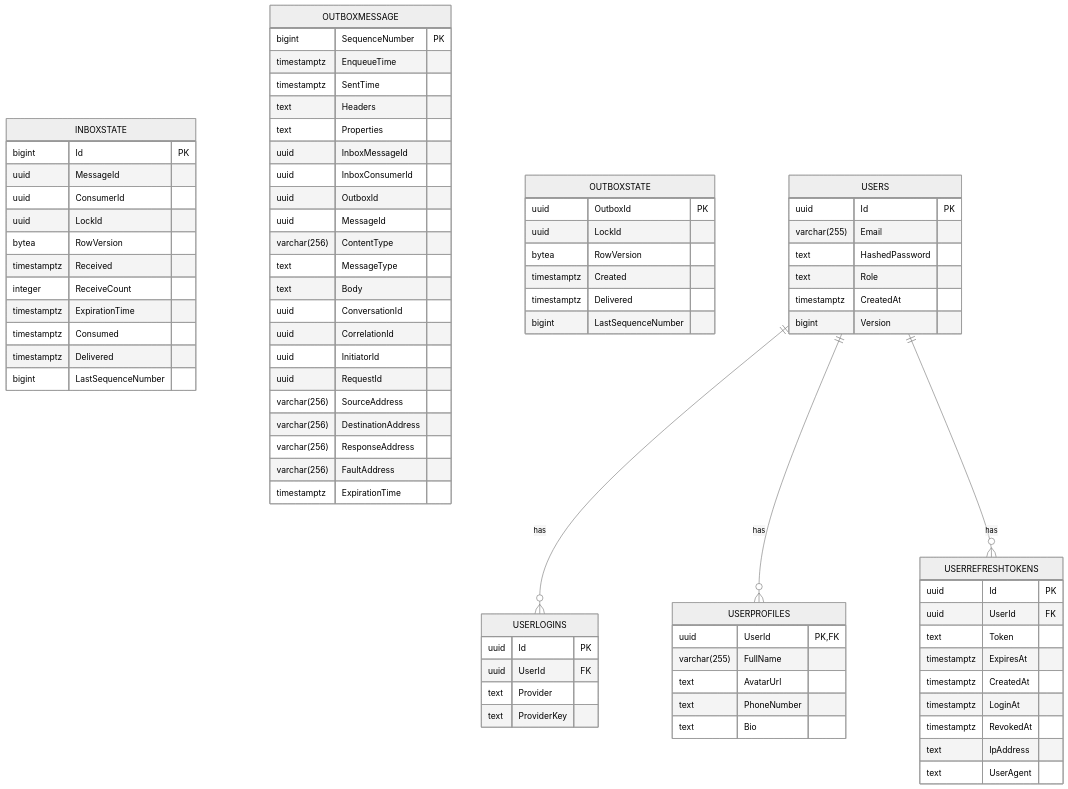
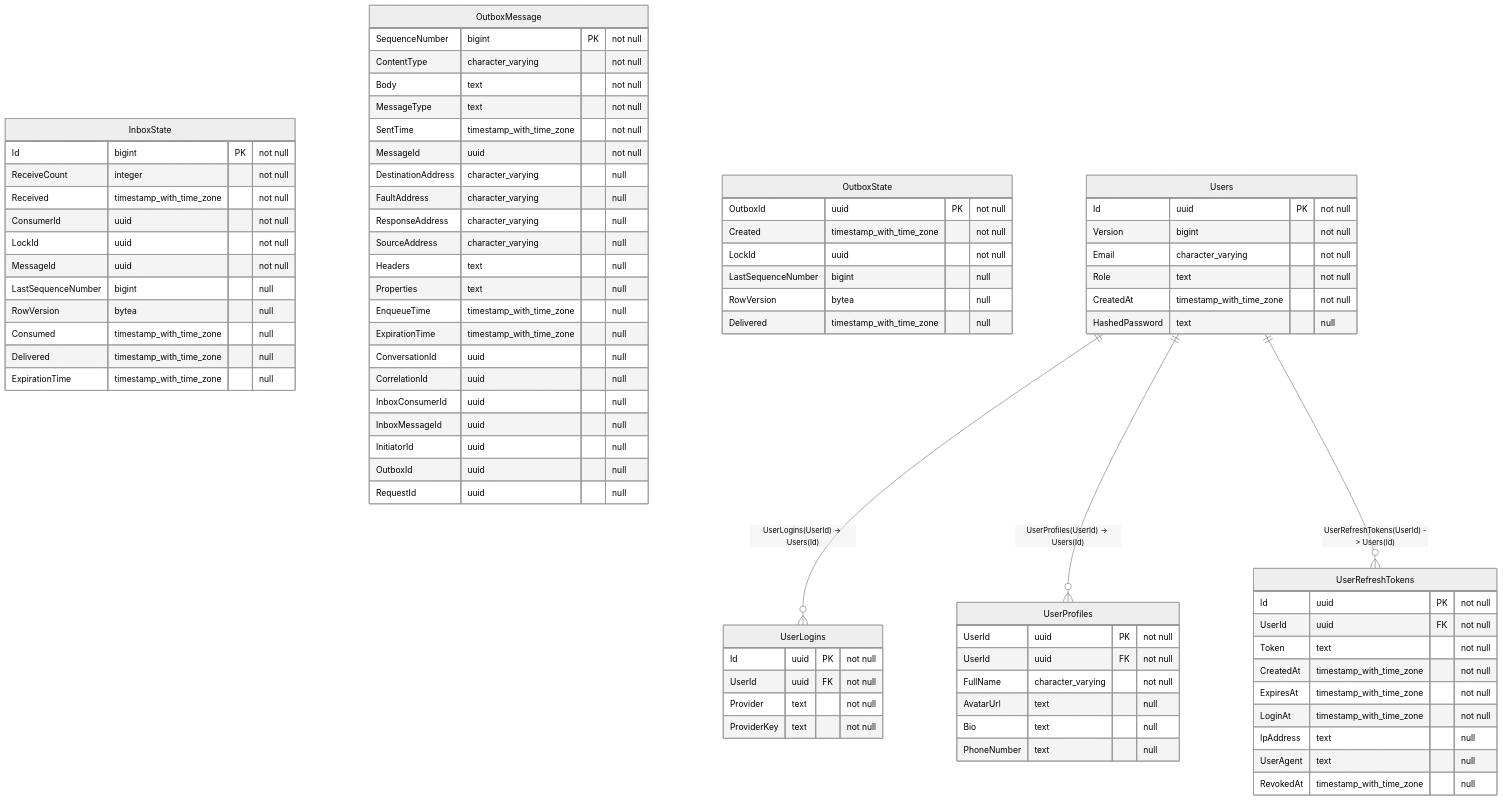
The diagram in src/Airbnb.UserService/README.md (lamdx4/airVnV), drawn with Mermaid (neutral theme) before and after one commit. The commit also changed other lines of this file and 5 other files, not shown here.

Commit message:
docs: integrate pg-mermaid into generate-db-schema script to ensure 100% database edge-case coverage and update all service READMEs

````diff
--- a/src/Airbnb.UserService/README.md
+++ b/src/Airbnb.UserService/README.md
@@ -25,83 +26,91 @@
 ```mermaid
 erDiagram
-    INBOXSTATE {
-        bigint Id PK
-        uuid MessageId 
-        uuid ConsumerId 
-        uuid LockId 
-        bytea RowVersion 
-        timestamptz Received 
-        integer ReceiveCount 
-        timestamptz ExpirationTime 
-        timestamptz Consumed 
-        timestamptz Delivered 
-        bigint LastSequenceNumber 
-    }
-    OUTBOXMESSAGE {
-        bigint SequenceNumber PK
-        timestamptz EnqueueTime 
-        timestamptz SentTime 
-        text Headers 
-        text Properties 
-        uuid InboxMessageId 
-        uuid InboxConsumerId 
-        uuid OutboxId 
-        uuid MessageId 
-        varchar(256) ContentType 
-        text MessageType 
-        text Body 
-        uuid ConversationId 
-        uuid CorrelationId 
-        uuid InitiatorId 
-        uuid RequestId 
-        varchar(256) SourceAddress 
-        varchar(256) DestinationAddress 
-        varchar(256) ResponseAddress 
-        varchar(256) FaultAddress 
-        timestamptz ExpirationTime 
-    }
-    OUTBOXSTATE {
-        uuid OutboxId PK
-        uuid LockId 
-        bytea RowVersion 
-        timestamptz Created 
-        timestamptz Delivered 
-        bigint LastSequenceNumber 
-    }
-    USERLOGINS {
-        uuid Id PK
-        uuid UserId FK
-        text Provider 
-        text ProviderKey 
-    }
-    USERPROFILES {
-        uuid UserId PK,FK
-        varchar(255) FullName 
-        text AvatarUrl 
-        text PhoneNumber 
-        text Bio 
-    }
-    USERREFRESHTOKENS {
-        uuid Id PK
-        uuid UserId FK
-        text Token 
-        timestamptz ExpiresAt 
-        timestamptz CreatedAt 
-        timestamptz LoginAt 
-        timestamptz RevokedAt 
-        text IpAddress 
-        text UserAgent 
-    }
-    USERS {
-        uuid Id PK
-        varchar(255) Email 
-        text HashedPassword 
-        text Role 
-        timestamptz CreatedAt 
-        bigint Version 
+
+    InboxState {
+        Id bigint PK "not null"
+        ReceiveCount integer "not null"
+        Received timestamp_with_time_zone "not null"
+        ConsumerId uuid "not null"
+        LockId uuid "not null"
+        MessageId uuid "not null"
+        LastSequenceNumber bigint "null"
+        RowVersion bytea "null"
+        Consumed timestamp_with_time_zone "null"
+        Delivered timestamp_with_time_zone "null"
+        ExpirationTime timestamp_with_time_zone "null"
     }
 
-    USERS ||--o{ USERLOGINS : "has"
-    USERS ||--o{ USERPROFILES : "has"
-    USERS ||--o{ USERREFRESHTOKENS : "has"
+    OutboxMessage {
+        SequenceNumber bigint PK "not null"
+        ContentType character_varying "not null"
+        Body text "not null"
+        MessageType text "not null"
+        SentTime timestamp_with_time_zone "not null"
+        MessageId uuid "not null"
+        DestinationAddress character_varying "null"
+        FaultAddress character_varying "null"
+        ResponseAddress character_varying "null"
+        SourceAddress character_varying "null"
+        Headers text "null"
+        Properties text "null"
+        EnqueueTime timestamp_with_time_zone "null"
+        ExpirationTime timestamp_with_time_zone "null"
+        ConversationId uuid "null"
+        CorrelationId uuid "null"
+        InboxConsumerId uuid "null"
+        InboxMessageId uuid "null"
+        InitiatorId uuid "null"
+        OutboxId uuid "null"
+        RequestId uuid "null"
+    }
+
+    OutboxState {
+        OutboxId uuid PK "not null"
+        Created timestamp_with_time_zone "not null"
+        LockId uuid "not null"
+        LastSequenceNumber bigint "null"
+        RowVersion bytea "null"
+        Delivered timestamp_with_time_zone "null"
+    }
+
+    UserLogins {
+        Id uuid PK "not null"
+        UserId uuid FK "not null"
+        Provider text "not null"
+        ProviderKey text "not null"
+    }
+
+    UserProfiles {
+        UserId uuid PK "not null"
+        UserId uuid FK "not null"
+        FullName character_varying "not null"
+        AvatarUrl text "null"
+        Bio text "null"
+        PhoneNumber text "null"
+    }
+
+    UserRefreshTokens {
+        Id uuid PK "not null"
+        UserId uuid FK "not null"
+        Token text "not null"
+        CreatedAt timestamp_with_time_zone "not null"
+        ExpiresAt timestamp_with_time_zone "not null"
+        LoginAt timestamp_with_time_zone "not null"
+        IpAddress text "null"
+        UserAgent text "null"
+        RevokedAt timestamp_with_time_zone "null"
+    }
+
+    Users {
+        Id uuid PK "not null"
+        Version bigint "not null"
+        Email character_varying "not null"
+        Role text "not null"
+        CreatedAt timestamp_with_time_zone "not null"
+        HashedPassword text "null"
+    }
+
+    Users ||--o{ UserLogins : "UserLogins(UserId) -> Users(Id)"
+    Users ||--o{ UserProfiles : "UserProfiles(UserId) -> Users(Id)"
+    Users ||--o{ UserRefreshTokens : "UserRefreshTokens(UserId) -> Users(Id)"
 ```
````
